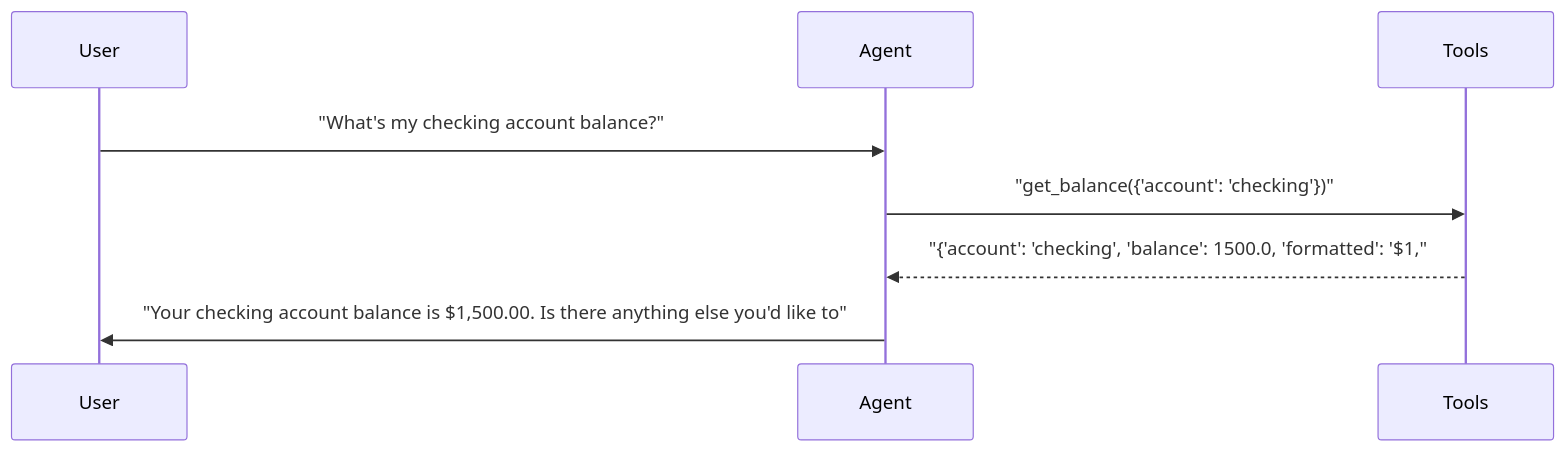
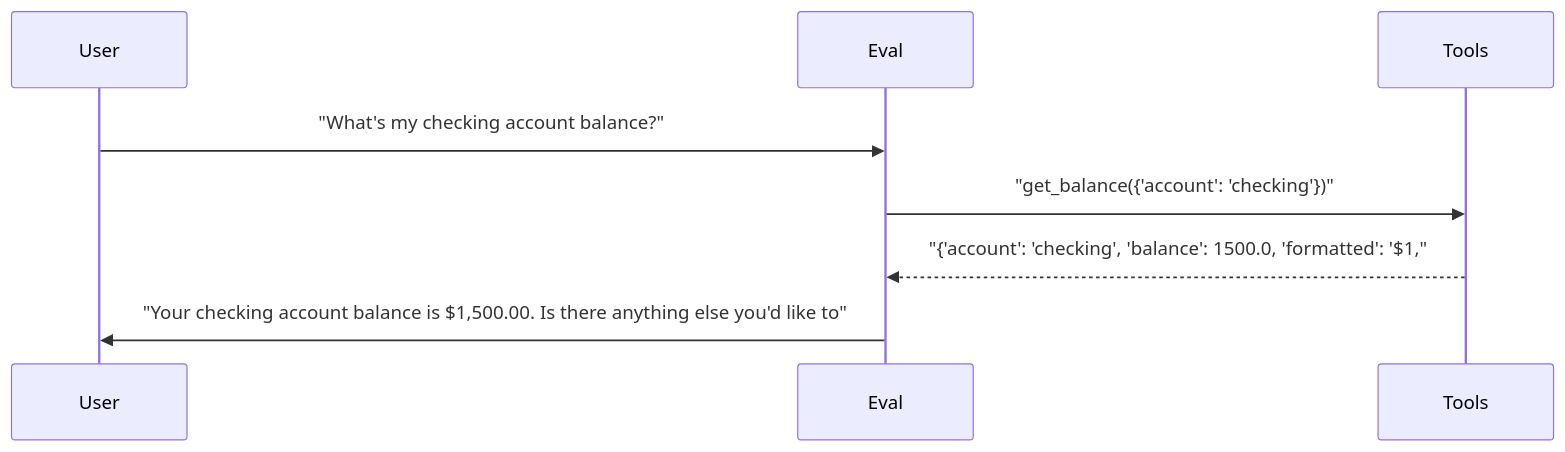
Before and after one commit to sbroenne/pytest-skill-engineering: the second of 6 diagrams in docs/reports/03_multi_agent_sessions.md, drawn with Mermaid. The commit also changed other lines of this file and 155 other files, not shown here.

````diff
--- a/docs/reports/03_multi_agent_sessions.md
+++ b/docs/reports/03_multi_agent_sessions.md
@@ -189,11 +189,11 @@
 ```mermaid
 sequenceDiagram
     participant User
-    participant Agent
+    participant Eval
     participant Tools
 
-    User->>Agent: "What's my checking account balance?"
-    Agent->>Tools: "get_balance({'account': 'checking'})"
-    Tools-->>Agent: "{'account': 'checking', 'balance': 1500.0, 'formatted': '$1,"
-    Agent->>User: "Your checking account balance is $1,500.00. Is there anything else you'd like to"
+    User->>Eval: "What's my checking account balance?"
+    Eval->>Tools: "get_balance({'account': 'checking'})"
+    Tools-->>Eval: "{'account': 'checking', 'balance': 1500.0, 'formatted': '$1,"
+    Eval->>User: "Your checking account balance is $1,500.00. Is there anything else you'd like to"
 ```
````
